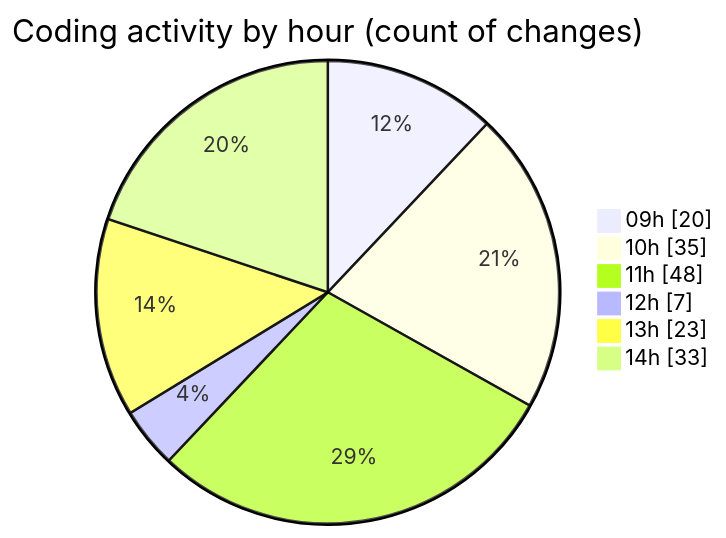
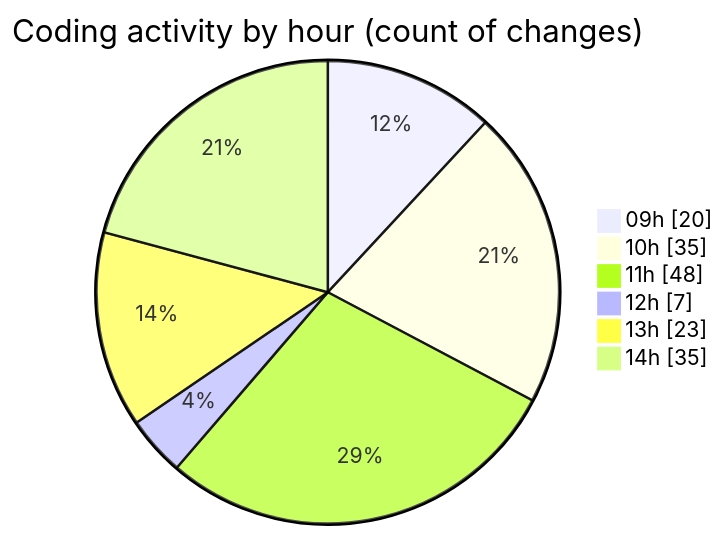
One commit to CELIANVF/code-tracking changed the second of 2 diagrams in 2025-06-10/ecodeli-1/README.md. Above: the diagram before and after it, drawn with Mermaid. The commit also changed other lines of this file and 1 other file, not shown here.

````diff
--- a/2025-06-10/ecodeli-1/README.md
+++ b/2025-06-10/ecodeli-1/README.md
@@ -89,10 +90,10 @@
 ```mermaid
 pie showData
 title Coding activity by hour (count of changes)
 "09h" : 20
 "10h" : 35
 "11h" : 48
 "12h" : 7
 "13h" : 23
-"14h" : 33
+"14h" : 35
 ```
````
